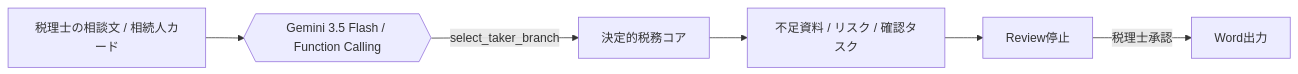
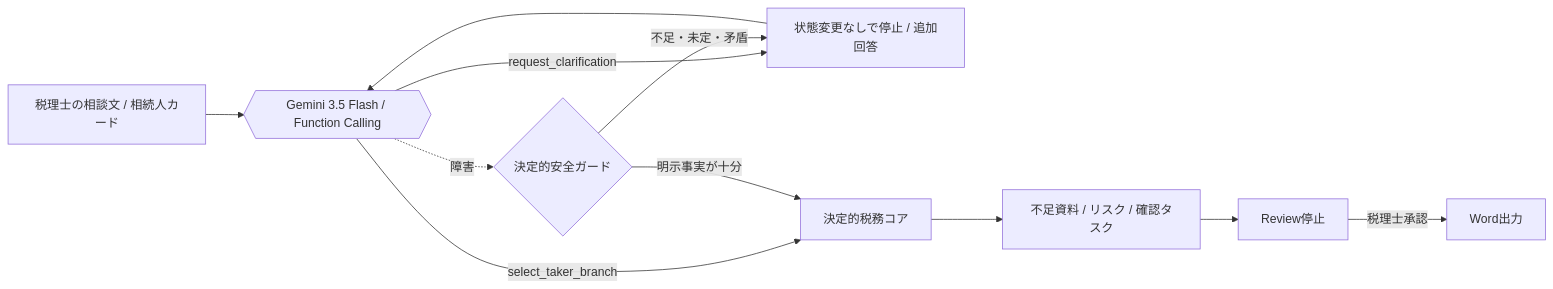
One commit to souzoku-lab/souzoku-shield changed the first of 2 diagrams in docs/protopedia_replacement.md. Above: the diagram before and after it, drawn with Mermaid. The commit also changed other lines of this file and 12 other files, not shown here.

Commit message:
Add fail-closed clarification and resume flow

````diff
--- a/docs/protopedia_replacement.md
+++ b/docs/protopedia_replacement.md
@@ -27,8 +31,13 @@
 ```mermaid
 flowchart LR
     U[税理士の相談文 / 相続人カード] --> G{{Gemini 3.5 Flash / Function Calling}}
+    G -->|request_clarification| Q[状態変更なしで停止 / 追加回答]
+    Q --> G
     G -->|select_taker_branch| C[決定的税務コア]
+    G -. 障害 .-> F{決定的安全ガード}
+    F -->|明示事実が十分| C
+    F -->|不足・未定・矛盾| Q
     C --> D[不足資料 / リスク / 確認タスク]
     D --> R[Review停止]
     R -->|税理士承認| W[Word出力]
 ```
````
